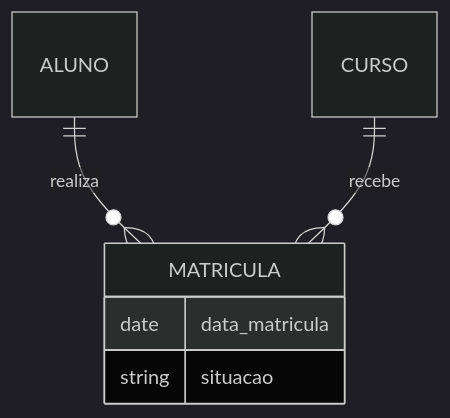
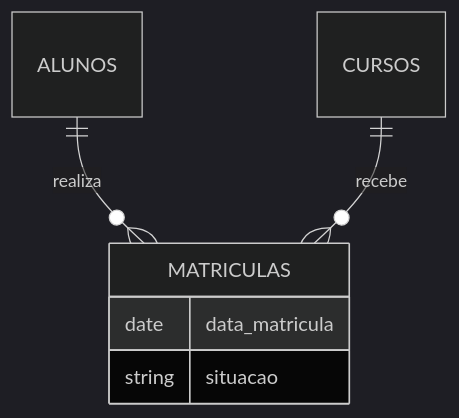
One commit to GTI-Fatec-Jahu/BDA-GTI-2026-2 changed diagram 13 of 15 in docs/aulas/Aula_02_Modelagem_Entidades.md. Above: the diagram before and after it, drawn with Mermaid (dark theme). The commit also changed other lines of this file and 5 other files, not shown here.

````diff
--- a/docs/aulas/Aula_02_Modelagem_Entidades.md
+++ b/docs/aulas/Aula_02_Modelagem_Entidades.md
@@ -485,11 +485,11 @@
 ```mermaid
 erDiagram
-    ALUNO { }
-    CURSO { }
-    MATRICULA {
+    ALUNOS { }
+    CURSOS { }
+    MATRICULAS {
         date data_matricula
         string situacao
     }
-    ALUNO ||--o{ MATRICULA : "realiza"
-    CURSO ||--o{ MATRICULA : "recebe"
+    ALUNOS ||--o{ MATRICULAS : "realiza"
+    CURSOS ||--o{ MATRICULAS : "recebe"
 ```
````
